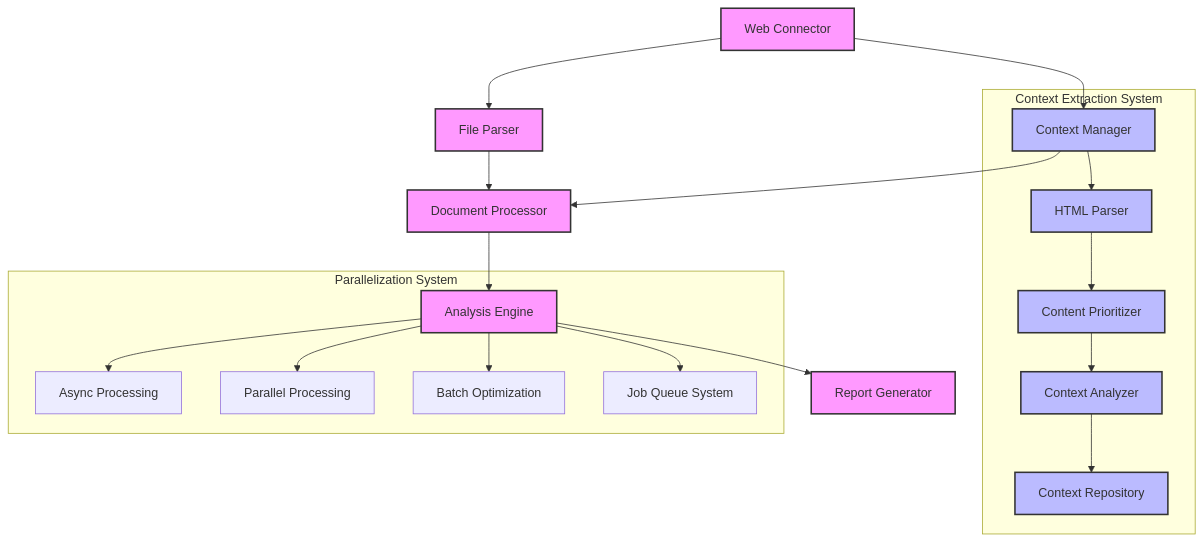
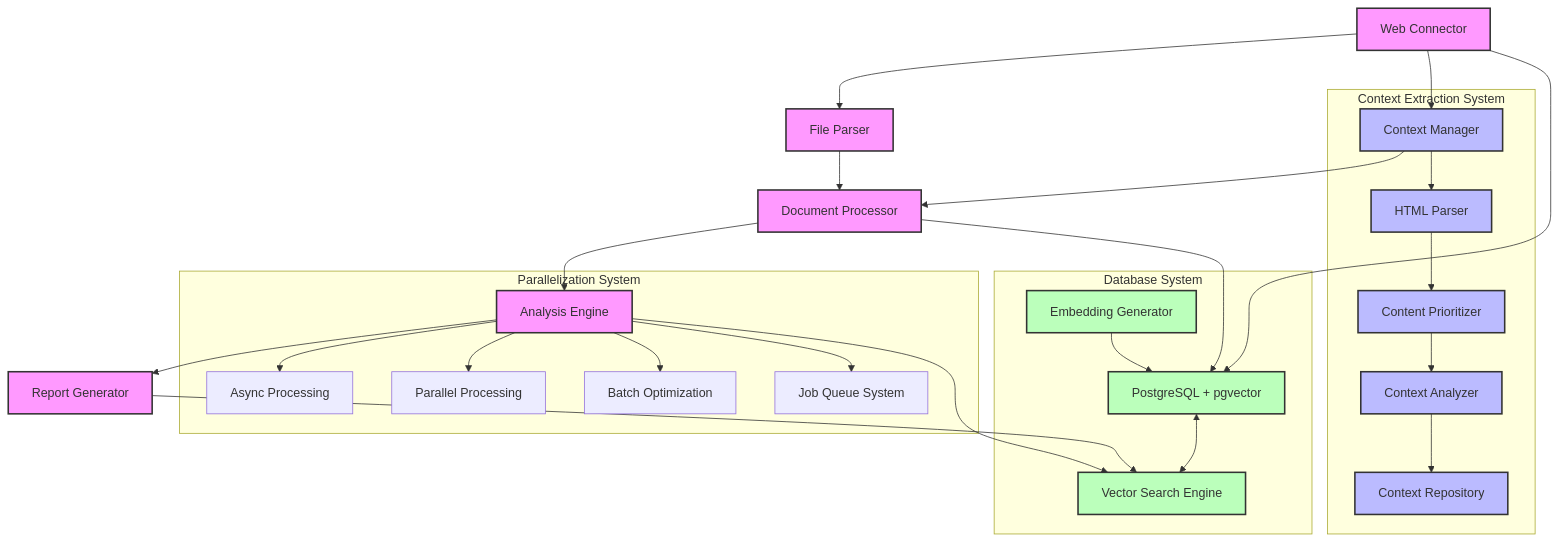
The diagram in README.md (darksip/document-it), drawn with Mermaid before and after one commit. The commit also changed other lines of this file and 21 other files, not shown here.

Commit message:
Implemented PostgreSQL database integration with pgvector for document storage and semantic search capabilities. This enables efficient document crawling with change detection, vector-based semantic search, and improved scalability for large documentation sets.

````diff
--- a/README.md
+++ b/README.md
@@ -38,29 +38,44 @@
 ```mermaid
 graph TD
     A[Web Connector] --> B[File Parser] 
     A --> C[Context Manager]
     B --> D[Document Processor]
     C --> D
     D --> E[Analysis Engine]
     E --> F[Report Generator]
     
     subgraph "Context Extraction System"
     C --> G[HTML Parser]
     G --> H[Content Prioritizer]
     H --> I[Context Analyzer]
     I --> J[Context Repository]
     end
 
+    subgraph "Database System"
+    DB[PostgreSQL + pgvector]
+    VS[Vector Search Engine] 
+    EG[Embedding Generator]
+    DB <--> VS
+    EG --> DB
+    end
+
     subgraph "Parallelization System"
     E --> K[Async Processing]
     E --> L[Parallel Processing]
     E --> M[Batch Optimization]
     E --> N[Job Queue System]
     end
     
+    A --> DB
+    D --> DB
+    E --> VS
+    F --> VS
+    
     classDef core fill:#f9f,stroke:#333,stroke-width:2px
     classDef context fill:#bbf,stroke:#333,stroke-width:2px
+    classDef database fill:#bfb,stroke:#333,stroke-width:2px
     
     class A,B,D,E,F core
     class C,G,H,I,J context
+    class DB,VS,EG database
 ```
````
